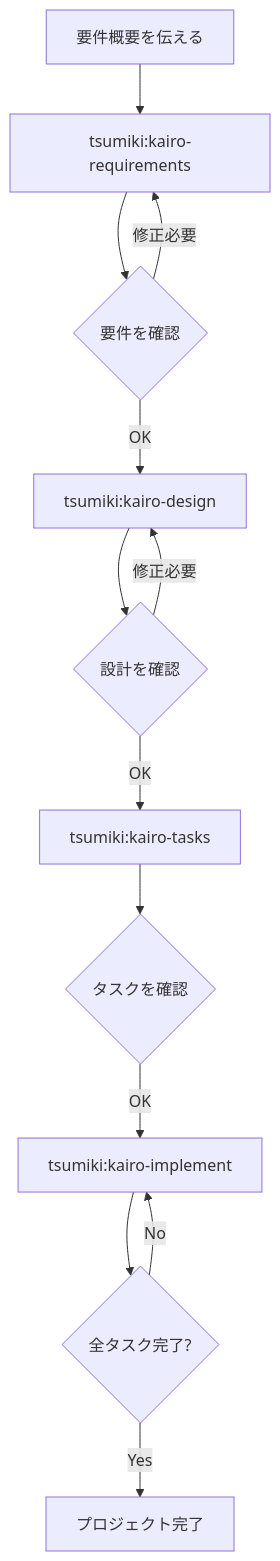
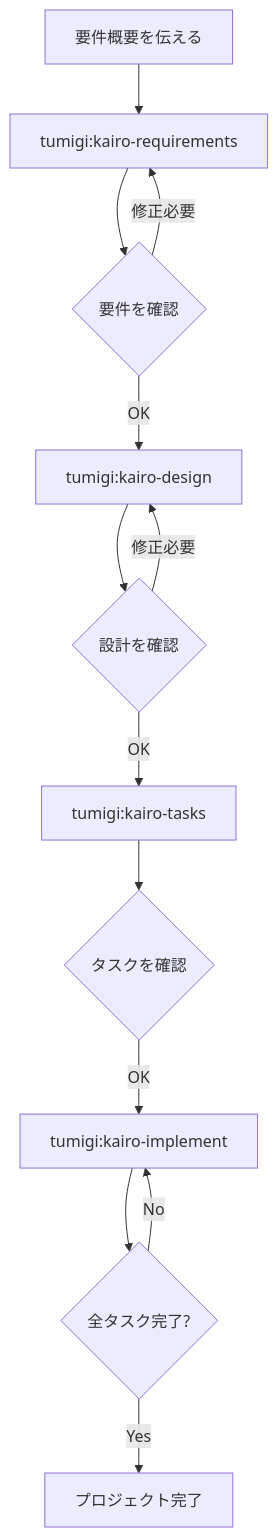
One commit to seiei-sogen/tumigi changed the diagram in MANUAL.md. Above: the diagram before and after it, drawn with Mermaid. The commit also changed other lines of this file and 244 other files, not shown here.

````diff
--- a/MANUAL.md
+++ b/MANUAL.md
@@ -504,15 +504,15 @@
 ```mermaid
 flowchart TD
-    A[要件概要を伝える] --> B[tsumiki:kairo-requirements]
+    A[要件概要を伝える] --> B[tumigi:kairo-requirements]
     B --> C{要件を確認}
     C -->|修正必要| B
-    C -->|OK| D[tsumiki:kairo-design]
+    C -->|OK| D[tumigi:kairo-design]
     D --> E{設計を確認}
     E -->|修正必要| D
-    E -->|OK| F[tsumiki:kairo-tasks]
+    E -->|OK| F[tumigi:kairo-tasks]
     F --> G{タスクを確認}
-    G -->|OK| H[tsumiki:kairo-implement]
+    G -->|OK| H[tumigi:kairo-implement]
     H --> I{全タスク完了?}
     I -->|No| H
     I -->|Yes| J[プロジェクト完了]
 ```
````
